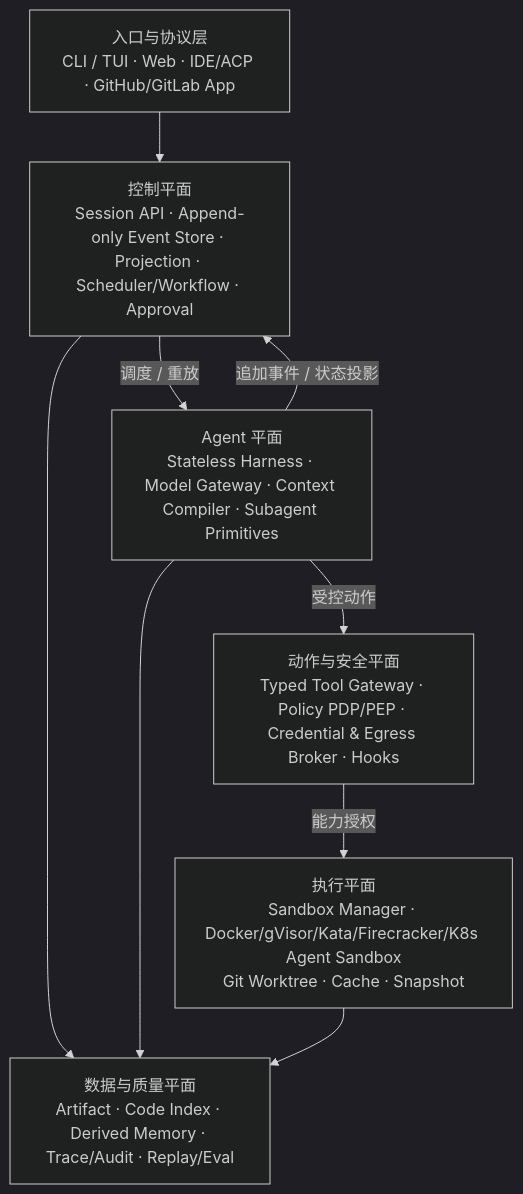
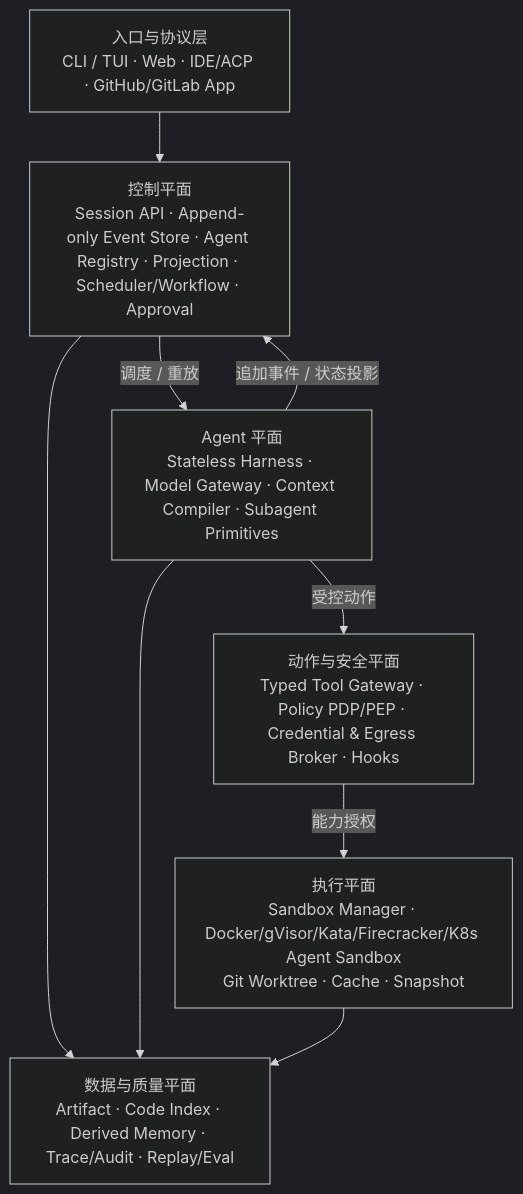
One commit to LogicStormINC/zebra changed the first of 7 diagrams in docs/Codex-like工程Agent平台最终架构设计_v1.0.md. Above: the diagram before and after it, drawn with Mermaid (dark theme). The commit also changed other lines of this file and 6 other files, not shown here.

Commit message:
docs(AGENT-DEF-ADR-01): accept definition control plane

````diff
--- a/docs/Codex-like工程Agent平台最终架构设计_v1.0.md
+++ b/docs/Codex-like工程Agent平台最终架构设计_v1.0.md
@@ -176,17 +176,17 @@
 ```mermaid
 flowchart TB
     CLIENT["入口与协议层<br/>CLI / TUI · Web · IDE/ACP · GitHub/GitLab App"]
-    CONTROL["控制平面<br/>Session API · Append-only Event Store · Projection · Scheduler/Workflow · Approval"]
+    CONTROL["控制平面<br/>Session API · Append-only Event Store · Agent Registry · Projection · Scheduler/Workflow · Approval"]
     AGENT["Agent 平面<br/>Stateless Harness · Model Gateway · Context Compiler · Subagent Primitives"]
     SECURITY["动作与安全平面<br/>Typed Tool Gateway · Policy PDP/PEP · Credential & Egress Broker · Hooks"]
     EXEC["执行平面<br/>Sandbox Manager · Docker/gVisor/Kata/Firecracker/K8s Agent Sandbox<br/>Git Worktree · Cache · Snapshot"]
     DATA["数据与质量平面<br/>Artifact · Code Index · Derived Memory · Trace/Audit · Replay/Eval"]
     CLIENT --> CONTROL
     CONTROL -->|调度 / 重放| AGENT
     AGENT -->|追加事件 / 状态投影| CONTROL
     AGENT -->|受控动作| SECURITY
     SECURITY -->|能力授权| EXEC
     CONTROL --> DATA
     AGENT --> DATA
     EXEC --> DATA
 ```
````
